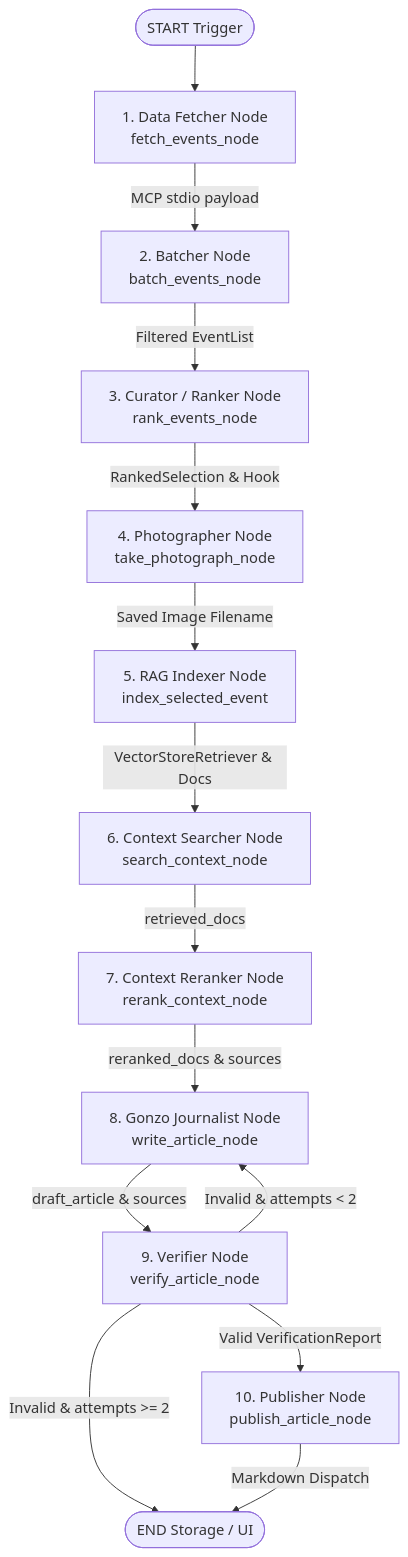
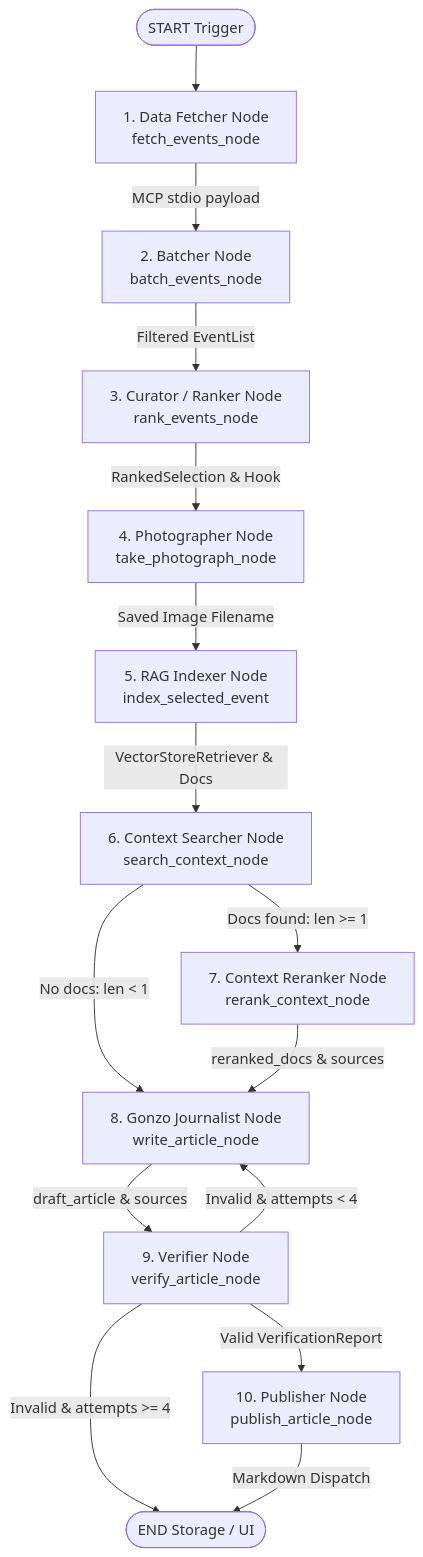
The diagram in AGENTS.md (eduardomachado93/chrono-s-thompson), drawn with Mermaid before and after one commit. The commit also changed other lines of this file and 19 other files, not shown here.

First line of the commit message:
feat(ui): improve graph execution tracker, timers, button locking, and smooth scroll

````diff
--- a/AGENTS.md
+++ b/AGENTS.md
@@ -26,16 +26,17 @@
 ```mermaid
 graph TD
     START([START Trigger]) --> Fetcher[1. Data Fetcher Node\nfetch_events_node]
     Fetcher -->|MCP stdio payload| Batcher[2. Batcher Node\nbatch_events_node]
     Batcher -->|Filtered EventList| Ranker[3. Curator / Ranker Node\nrank_events_node]
     Ranker -->|RankedSelection & Hook| Photographer[4. Photographer Node\ntake_photograph_node]
     Photographer -->|Saved Image Filename| Indexer[5. RAG Indexer Node\nindex_selected_event]
     Indexer -->|VectorStoreRetriever & Docs| Searcher[6. Context Searcher Node\nsearch_context_node]
-    Searcher -->|retrieved_docs| Reranker[7. Context Reranker Node\nrerank_context_node]
-    Reranker -->|reranked_docs & sources| Writer[8. Gonzo Journalist Node\nwrite_article_node]
+    Searcher -->|Docs found: len >= 1| Reranker[7. Context Reranker Node\nrerank_context_node]
+    Searcher -->|No docs: len < 1| Writer[8. Gonzo Journalist Node\nwrite_article_node]
+    Reranker -->|reranked_docs & sources| Writer
     Writer -->|draft_article & sources| Verifier[9. Verifier Node\nverify_article_node]
-    Verifier -->|Invalid & attempts < 2| Writer
+    Verifier -->|Invalid & attempts < 4| Writer
     Verifier -->|Valid VerificationReport| Publisher[10. Publisher Node\npublish_article_node]
-    Verifier -->|Invalid & attempts >= 2| END([END Error Halting])
+    Verifier -->|Invalid & attempts >= 4| END([END Error Halting])
     Publisher -->|Markdown Dispatch| END([END Storage / UI])
 ```
````
